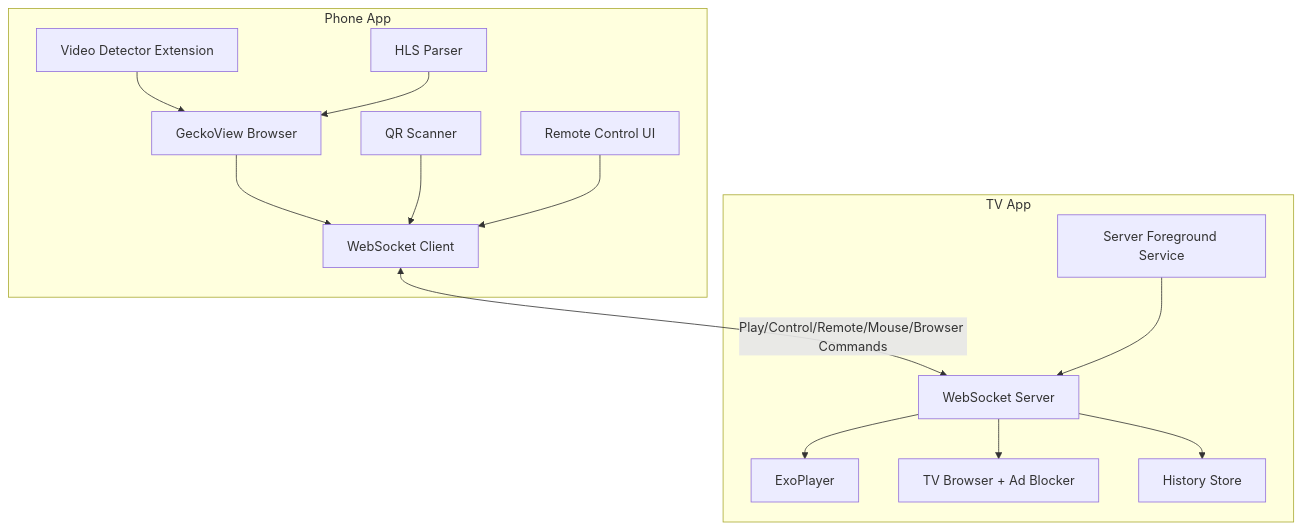
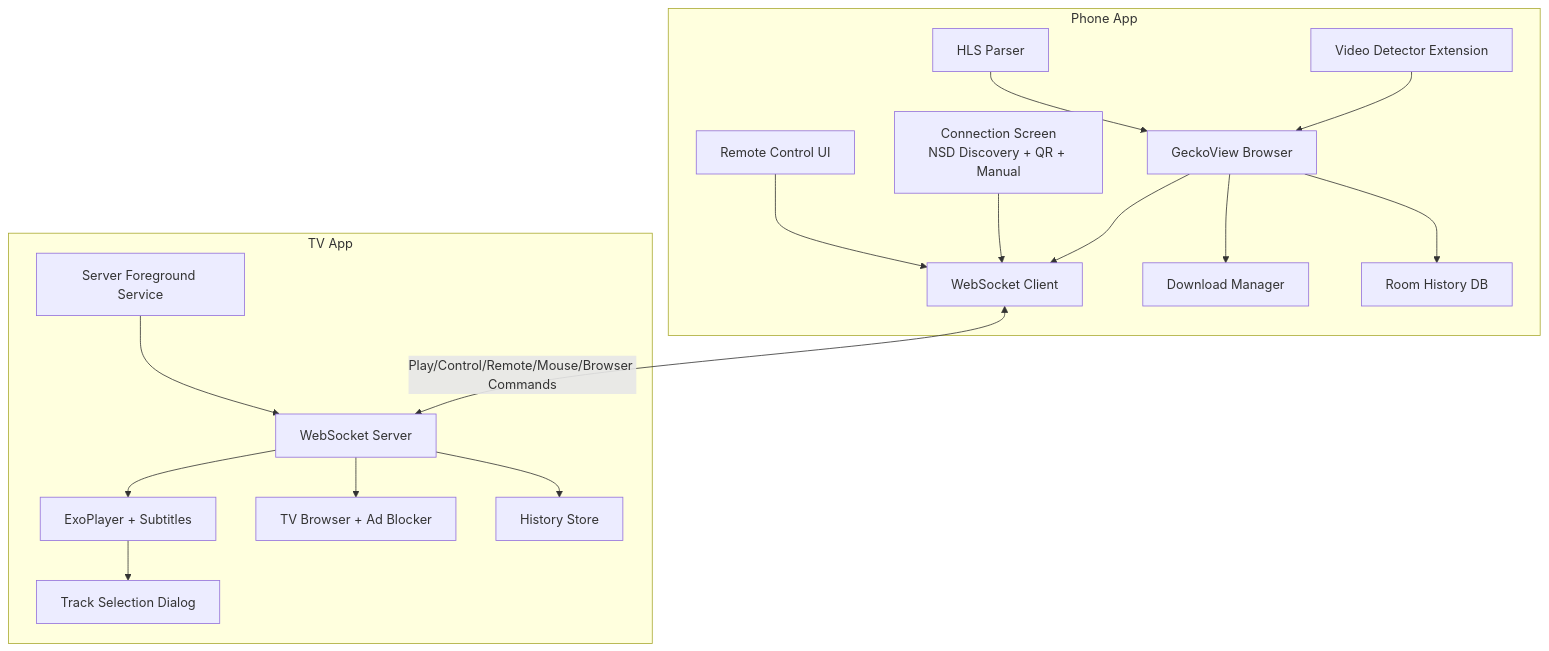
One commit to playbridgeapp/playbridge changed the first of 2 diagrams in ARCHITECTURE.md. Above: the diagram before and after it, drawn with Mermaid. The commit also changed other lines of this file, not shown here.

````diff
--- a/ARCHITECTURE.md
+++ b/ARCHITECTURE.md
@@ -20,30 +21,36 @@
 ```mermaid
 graph TB
     subgraph Phone App
         Browser[GeckoView Browser]
         Extension[Video Detector Extension]
         WSClient[WebSocket Client]
-        QRScanner[QR Scanner]
+        Connection[Connection Screen<br/>NSD Discovery + QR + Manual]
         RemoteControl[Remote Control UI]
         HLS[HLS Parser]
+        Downloads[Download Manager]
+        HistoryDB[Room History DB]
     end
     
     subgraph TV App
         WSServer[WebSocket Server]
-        Player[ExoPlayer]
+        Player[ExoPlayer + Subtitles]
         TVBrowser[TV Browser + Ad Blocker]
+        TrackSel[Track Selection Dialog]
         History[History Store]
         ServerSvc[Server Foreground Service]
     end
     
     Extension --> Browser
     Browser --> WSClient
+    Browser --> Downloads
+    Browser --> HistoryDB
     HLS --> Browser
-    QRScanner --> WSClient
+    Connection --> WSClient
     RemoteControl --> WSClient
     WSClient <-->|Play/Control/Remote/Mouse/Browser Commands| WSServer
     ServerSvc --> WSServer
     WSServer --> Player
     WSServer --> TVBrowser
     WSServer --> History
+    Player --> TrackSel
 ```
````
